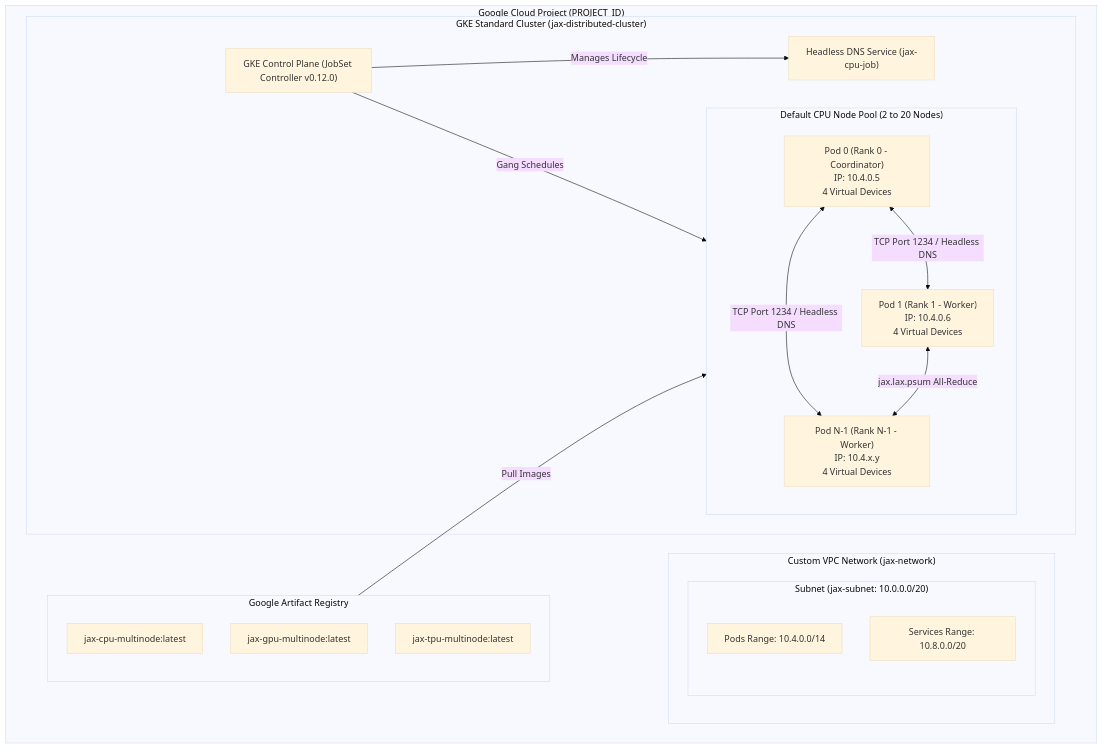
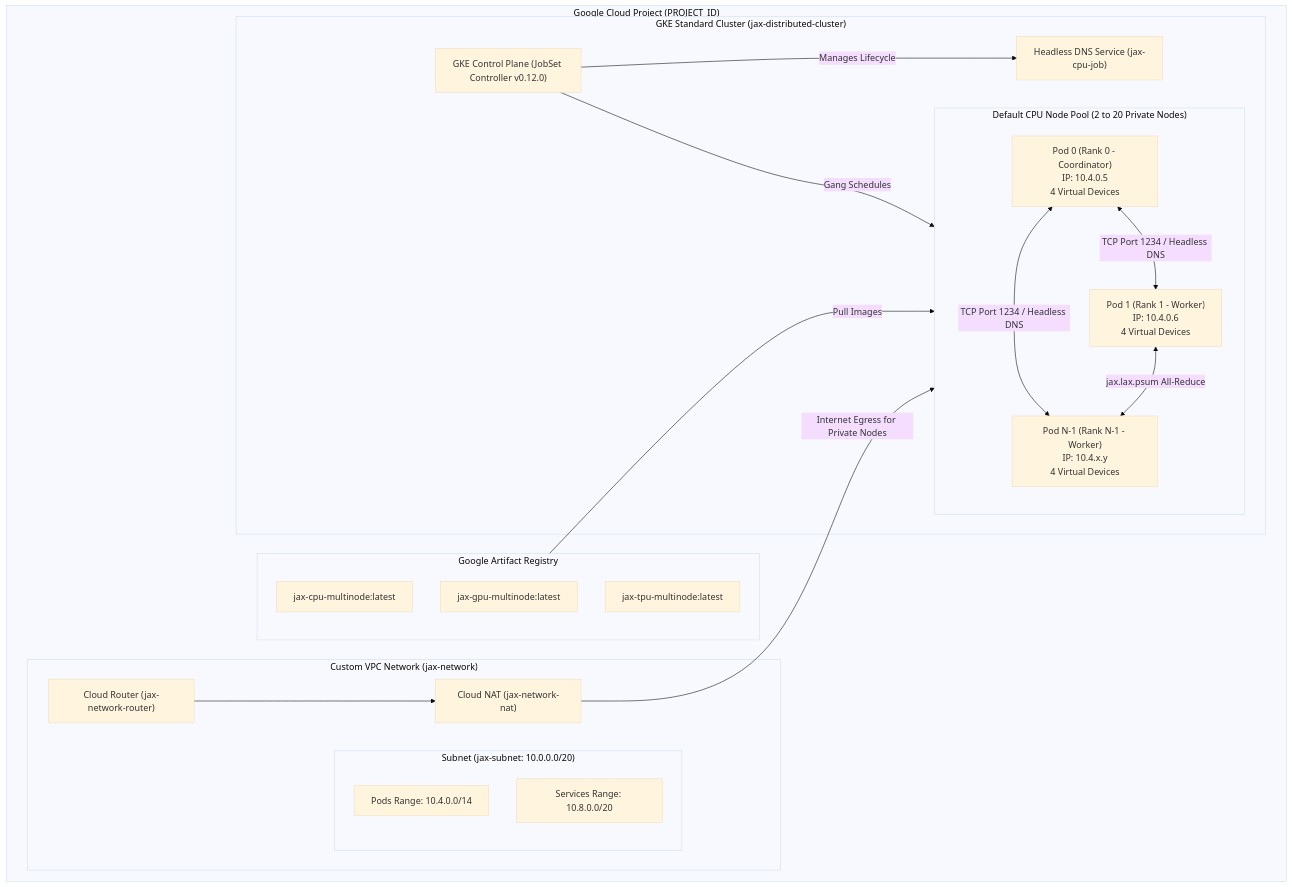
One commit to goabego/Travolta_Multinode_Training changed the first of 9 diagrams in ARCHITECTURE.md. Above: the diagram before and after it, drawn with Mermaid (base theme). The commit also changed other lines of this file, not shown here.

Commit message:
docs: update ARCHITECTURE.md with Cloud NAT egress, TPU v5e slice topology, and strict teardown flow

````diff
--- a/ARCHITECTURE.md
+++ b/ARCHITECTURE.md
@@ -11,35 +11,39 @@
 ```mermaid
 graph TD
     subgraph GCP["Google Cloud Project (PROJECT_ID)"]
         subgraph VPC["Custom VPC Network (jax-network)"]
+            Router["Cloud Router (jax-network-router)"]
+            NAT["Cloud NAT (jax-network-nat)"]
             subgraph Subnet["Subnet (jax-subnet: 10.0.0.0/20)"]
                 PodRange["Pods Range: 10.4.0.0/14"]
                 SvcRange["Services Range: 10.8.0.0/20"]
             end
         end
 
         subgraph AR["Google Artifact Registry"]
             CPUImg["jax-cpu-multinode:latest"]
             GPUImg["jax-gpu-multinode:latest"]
             TPUImg["jax-tpu-multinode:latest"]
         end
 
         subgraph GKE["GKE Standard Cluster (jax-distributed-cluster)"]
             ControlPlane["GKE Control Plane (JobSet Controller v0.12.0)"]
             HeadlessDNS["Headless DNS Service (jax-cpu-job)"]
             
-            subgraph CPUNodes["Default CPU Node Pool (2 to 20 Nodes)"]
+            subgraph CPUNodes["Default CPU Node Pool (2 to 20 Private Nodes)"]
                 Pod0["Pod 0 (Rank 0 - Coordinator)\nIP: 10.4.0.5\n4 Virtual Devices"]
                 Pod1["Pod 1 (Rank 1 - Worker)\nIP: 10.4.0.6\n4 Virtual Devices"]
                 PodN["Pod N-1 (Rank N-1 - Worker)\nIP: 10.4.x.y\n4 Virtual Devices"]
             end
         end
     end
 
+    Router --> NAT
+    NAT -->|Internet Egress for Private Nodes| CPUNodes
     ControlPlane -->|Manages Lifecycle| HeadlessDNS
     ControlPlane -->|Gang Schedules| CPUNodes
     Pod0 <-->|TCP Port 1234 / Headless DNS| Pod1
     Pod0 <-->|TCP Port 1234 / Headless DNS| PodN
     Pod1 <-->|jax.lax.psum All-Reduce| PodN
     AR -->|Pull Images| CPUNodes
 ```
````
